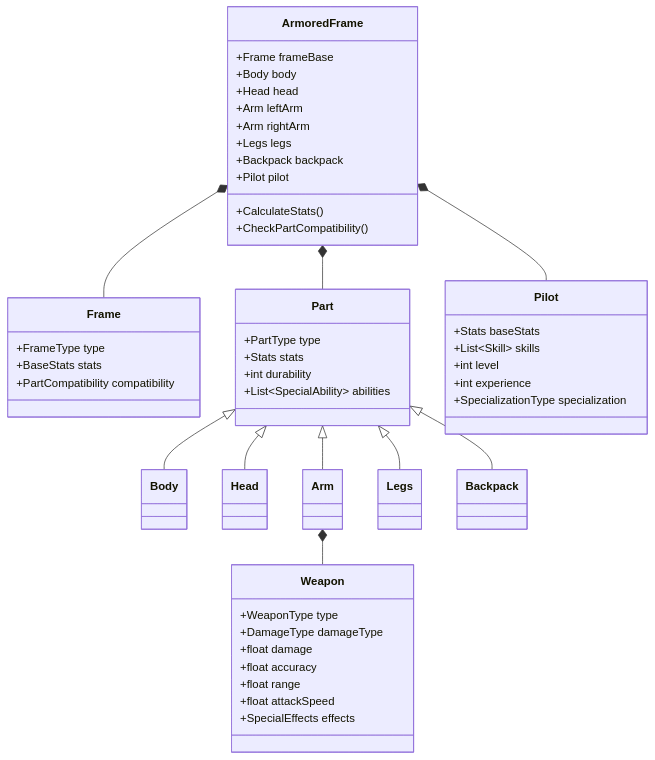
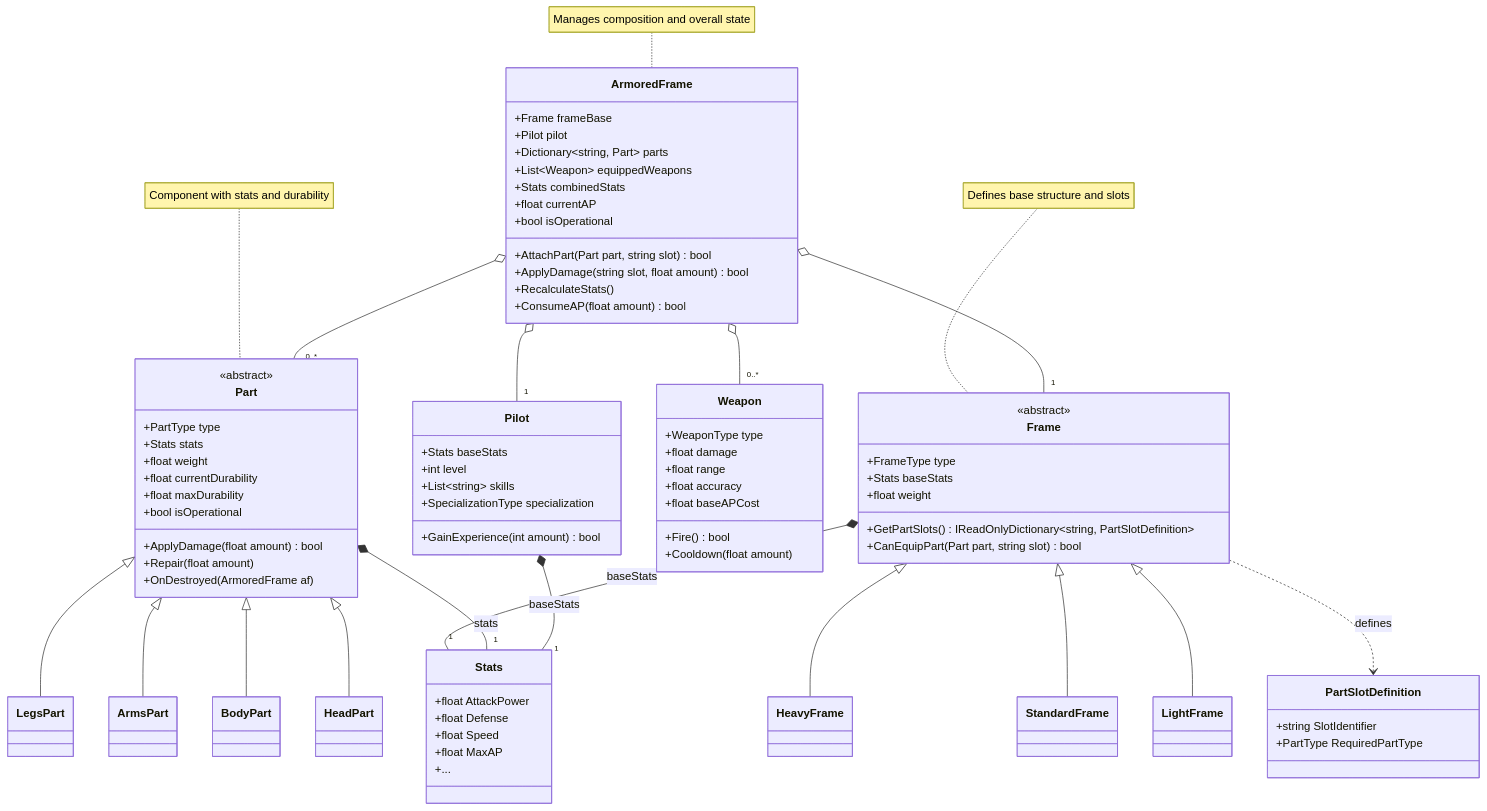
The third of 5 diagrams in .cursor/rules/architecture.mdc (wooson00308/sasha-unity), drawn with Mermaid before and after one commit. The commit also changed other lines of this file and 4 other files, not shown here.

````diff
--- a/.cursor/rules/architecture.mdc
+++ b/.cursor/rules/architecture.mdc
@@ -75,55 +71,83 @@
 classDiagram
     class ArmoredFrame {
         +Frame frameBase
-        +Body body
-        +Head head
-        +Arm leftArm
-        +Arm rightArm
-        +Legs legs
-        +Backpack backpack
         +Pilot pilot
-        +CalculateStats()
-        +CheckPartCompatibility()
+        +Dictionary~string, Part~ parts
+        +List~Weapon~ equippedWeapons
+        +Stats combinedStats
+        +float currentAP
+        +bool isOperational
+        +AttachPart(Part part, string slot) bool
+        +ApplyDamage(string slot, float amount) bool
+        +RecalculateStats()
+        +ConsumeAP(float amount) bool
     }
-    
     class Frame {
+        <<abstract>>
         +FrameType type
-        +BaseStats stats
-        +PartCompatibility compatibility
+        +Stats baseStats
+        +float weight
+        +GetPartSlots() IReadOnlyDictionary~string, PartSlotDefinition~
+        +CanEquipPart(Part part, string slot) bool
     }
-    
     class Part {
+        <<abstract>>
         +PartType type
         +Stats stats
-        +int durability
-        +List~SpecialAbility~ abilities
+        +float weight
+        +float currentDurability
+        +float maxDurability
+        +bool isOperational
+        +ApplyDamage(float amount) bool
+        +Repair(float amount)
+        +OnDestroyed(ArmoredFrame af)
     }
-    
     class Weapon {
         +WeaponType type
-        +DamageType damageType
         +float damage
+        +float range
         +float accuracy
-        +float range
-        +float attackSpeed
-        +SpecialEffects effects
+        +float baseAPCost
+        +Fire() bool
+        +Cooldown(float amount)
     }
-    
     class Pilot {
         +Stats baseStats
-        +List~Skill~ skills
         +int level
-        +int experience
+        +List~string~ skills
         +SpecializationType specialization
+        +GainExperience(int amount) bool
     }
-    
-    ArmoredFrame *-- Frame
-    ArmoredFrame *-- Part
-    ArmoredFrame *-- Pilot
-    Part <|-- Body
-    Part <|-- Head
-    Part <|-- Arm
-    Part <|-- Legs
-    Part <|-- Backpack
-    Arm *-- Weapon
+    class Stats {
+        +float AttackPower
+        +float Defense
+        +float Speed
+        +float MaxAP
+        +...
+    }
+    class PartSlotDefinition {
+        +string SlotIdentifier
+        +PartType RequiredPartType
+    }
+
+    ArmoredFrame o-- "1" Frame
+    ArmoredFrame o-- "1" Pilot
+    ArmoredFrame o-- "0..*" Part
+    ArmoredFrame o-- "0..*" Weapon
+    Frame ..> PartSlotDefinition : defines
+    Frame *-- "1" Stats : baseStats
+    Part *-- "1" Stats : stats
+    Pilot *-- "1" Stats : baseStats
+
+    Frame <|-- LightFrame
+    Frame <|-- StandardFrame
+    Frame <|-- HeavyFrame
+    Part <|-- HeadPart
+    Part <|-- BodyPart
+    Part <|-- ArmsPart
+    Part <|-- LegsPart
+
+    note for ArmoredFrame "Manages composition and overall state"
+    note for Frame "Defines base structure and slots"
+    note for Part "Component with stats and durability"
 ```
````
